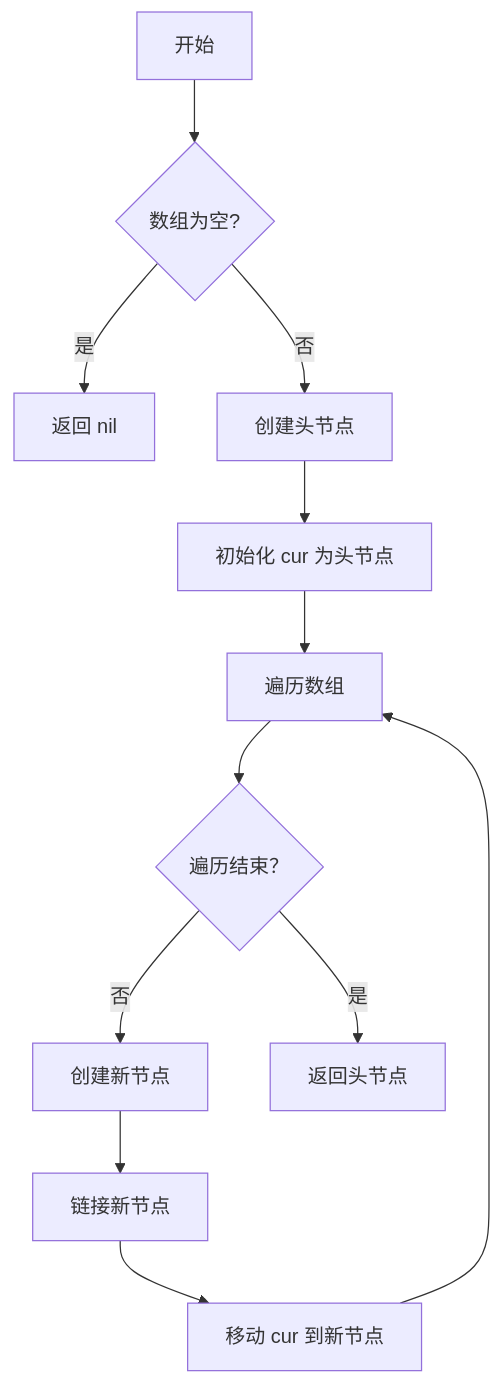
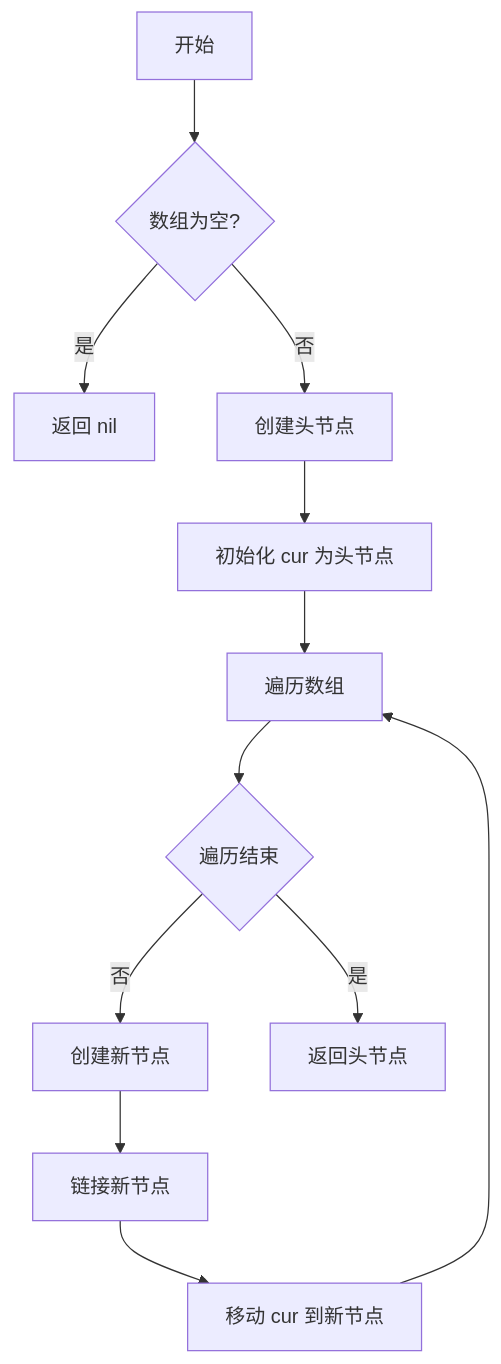
The diagram in all/未命名-9.md (yingjianzh/iodraw-files), drawn with Mermaid before and after one commit.

Commit message:
2025-01-03 09:31:27 update

````diff
--- a/all/未命名-9.md
+++ b/all/未命名-9.md
@@ -1,15 +1,15 @@
 ```mermaid
 flowchart TD
     A[开始] --> B{数组为空?}
     B -->|是| C[返回 nil]
     B -->|否| D[创建头节点]
     D --> E[初始化 cur 为头节点]
     E --> F[遍历数组]
-    F --> G{遍历结束？}
+    F --> G{遍历结束}
     G -->|否| H[创建新节点]
     H --> I[链接新节点]
     I --> J[移动 cur 到新节点]
     J --> F
     G -->|是| K[返回头节点]
 
 ```
````
